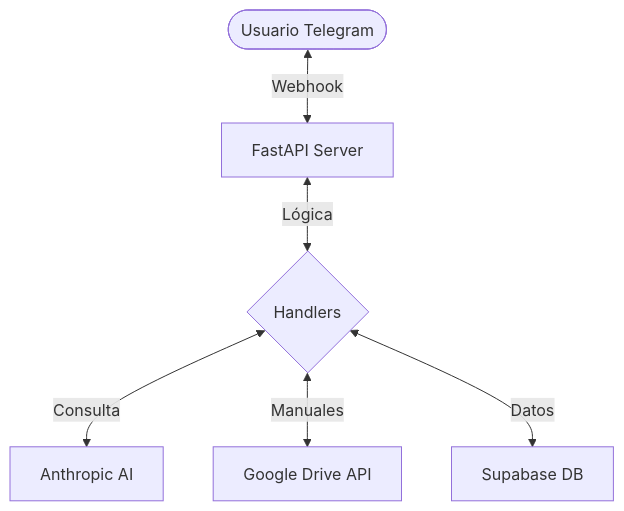
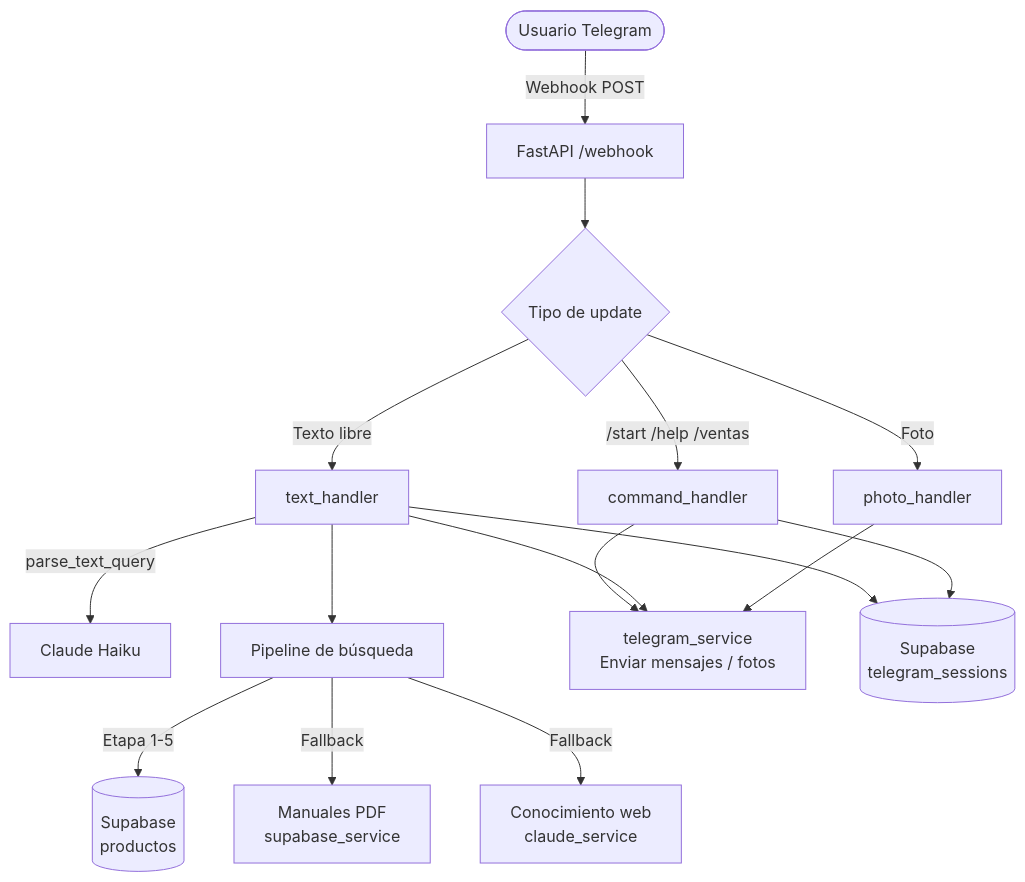
The diagram in README.md (israelsalinas-g/nexos-chatbot-tecniexpress), drawn with Mermaid before and after one commit. The commit also changed other lines of this file, not shown here.

Commit message:
docs: update README with architectural details, new search pipeline, and setup instructions

````diff
--- a/README.md
+++ b/README.md
@@ -37,8 +38,18 @@
 ```mermaid
 graph TD
-    User([Usuario Telegram]) <-->|Webhook| API[FastAPI Server]
-    API <-->|Lógica| Handler{Handlers}
-    Handler <-->|Consulta| Claude[Anthropic AI]
-    Handler <-->|Manuales| GDrive[Google Drive API]
-    Handler <-->|Datos| Supabase[Supabase DB]
+    User([Usuario Telegram]) -->|Webhook POST| API[FastAPI /webhook]
+    API --> Dispatcher{Tipo de update}
+    Dispatcher -->|/start /help /ventas| CMD[command_handler]
+    Dispatcher -->|Texto libre| TXT[text_handler]
+    Dispatcher -->|Foto| PHO[photo_handler]
+
+    TXT -->|parse_text_query| Claude[Claude Haiku]
+    TXT --> Search[Pipeline de búsqueda]
+
+    Search -->|Etapa 1-5| DB[(Supabase\nproductos)]
+    Search -->|Fallback| PDF[Manuales PDF\nsupabase_service]
+    Search -->|Fallback| WebKB[Conocimiento web\nclaude_service]
+
+    CMD & TXT & PHO --> TG[telegram_service\nEnviar mensajes / fotos]
+    TXT & CMD --> Session[(Supabase\ntelegram_sessions)]
 ```
````
